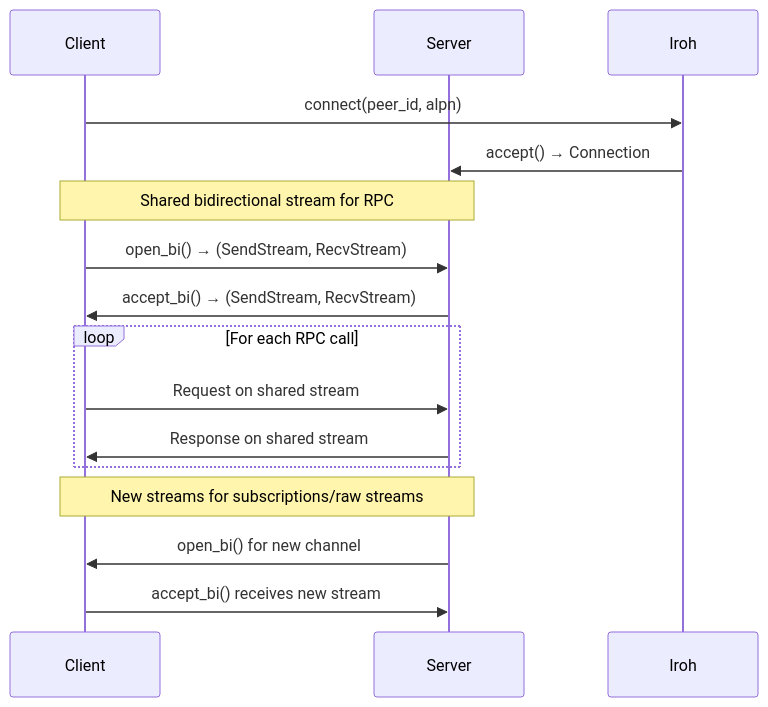
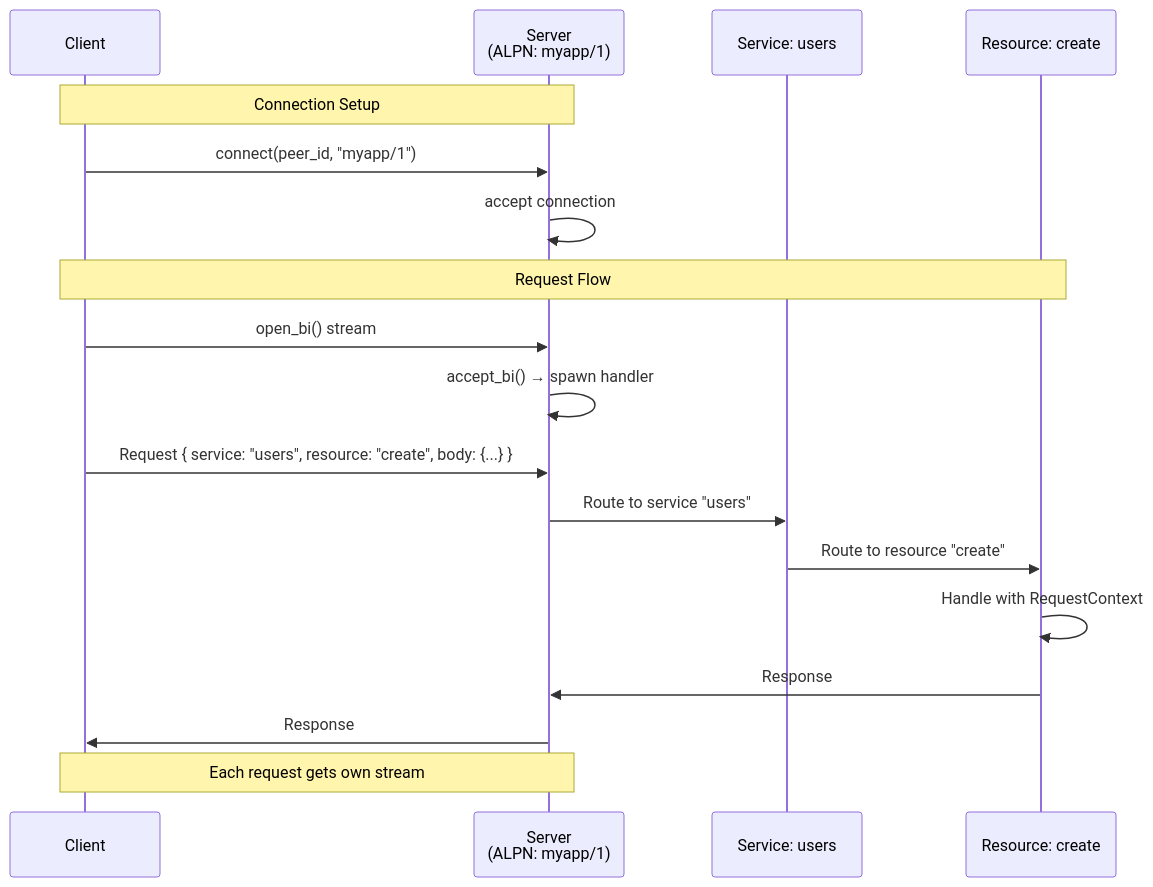
Before and after one commit to SuddenlyHazel/zel: the first of 2 diagrams in README.md, drawn with Mermaid. The commit also changed other lines of this file and 10 other files, not shown here.

````diff
--- a/README.md
+++ b/README.md
@@ -45,22 +46,23 @@
 ```mermaid
 sequenceDiagram
-    participant Client
-    participant Server
-    participant Iroh
+    participant C as Client
+    participant S as Server<br/>(ALPN: myapp/1)
+    participant SVC as Service: users
+    participant RES as Resource: create
     
-    Client->>Iroh: connect(peer_id, alpn)
-    Iroh->>Server: accept() → Connection
+    Note over C,S: Connection Setup
+    C->>S: connect(peer_id, "myapp/1")
+    S->>S: accept connection
     
-    Note over Client,Server: Shared bidirectional stream for RPC
-    Client->>Server: open_bi() → (SendStream, RecvStream)
-    Server->>Client: accept_bi() → (SendStream, RecvStream)
+    Note over C,RES: Request Flow
+    C->>S: open_bi() stream
+    S->>S: accept_bi() → spawn handler
+    C->>S: Request { service: "users", resource: "create", body: {...} }
+    S->>SVC: Route to service "users"
+    SVC->>RES: Route to resource "create"
+    RES->>RES: Handle with RequestContext
+    RES->>S: Response
+    S->>C: Response
     
-    loop For each RPC call
-        Client->>Server: Request on shared stream
-        Server->>Client: Response on shared stream
-    end
-    
-    Note over Client,Server: New streams for subscriptions/raw streams
-    Server->>Client: open_bi() for new channel
-    Client->>Server: accept_bi() receives new stream
+    Note over C,S: Each request gets own stream
 ```
````
